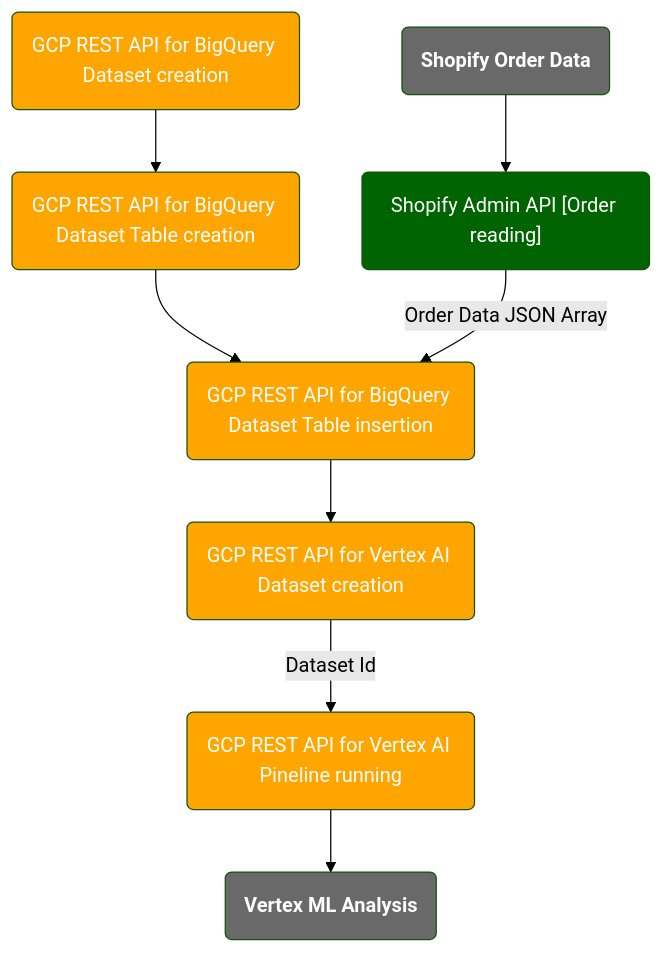
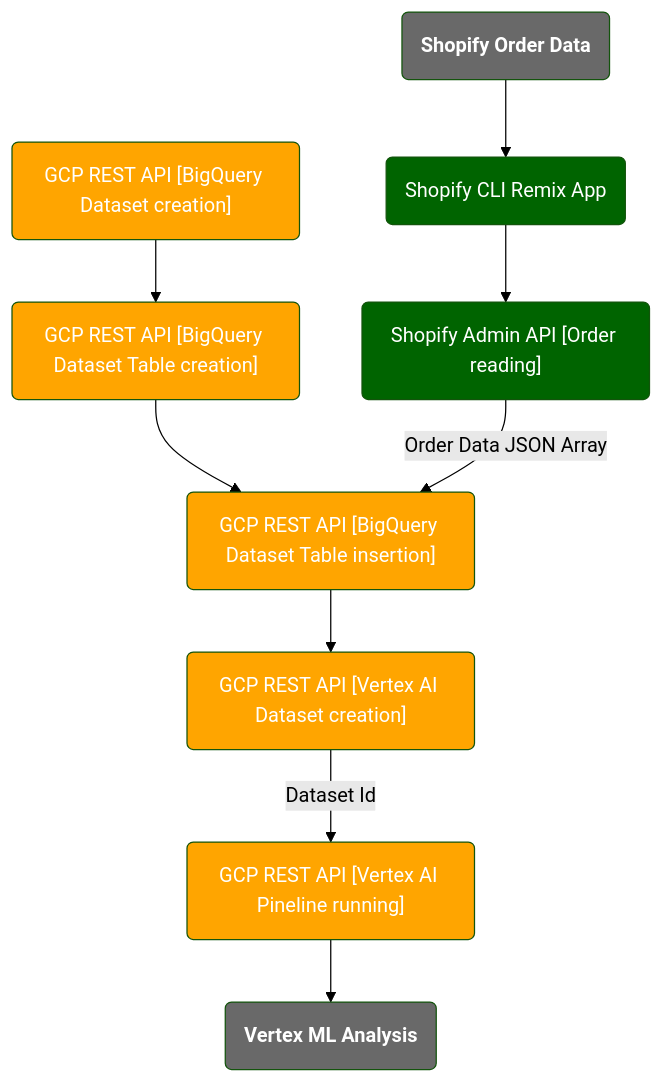
One commit to benzookapi/shopify-gcp-demo changed the diagram in README.GCP.md. Above: the diagram before and after it, drawn with Mermaid (forest theme).

````diff
--- a/README.GCP.md
+++ b/README.GCP.md
@@ -1,54 +1,58 @@
 ```mermaid
 
 graph TD
 
   ShopifyOrders("Shopify Order Data")
 
+  ShopifyApp("Shopify CLI Remix App")
+
   ShopifyApi("Shopify Admin API [Order reading]")
 
-  GcpRestApiBigQueryDataSet("GCP REST API for BigQuery Dataset creation")
+  GcpRestApiBigQueryDataSet("GCP REST API [BigQuery Dataset creation]")
 
-  GcpRestApiBigQueryTable("GCP REST API for BigQuery Dataset Table creation")
+  GcpRestApiBigQueryTable("GCP REST API [BigQuery Dataset Table creation]")
 
-  GcpRestApiBigQueryInsert("GCP REST API for BigQuery Dataset Table insertion")
+  GcpRestApiBigQueryInsert("GCP REST API [BigQuery Dataset Table insertion]")
 
-  GcpRestApiVertexDataset("GCP REST API for Vertex AI Dataset creation")
+  GcpRestApiVertexDataset("GCP REST API [Vertex AI Dataset creation]")
 
-  GcpRestApiVertexRun("GCP REST API for Vertex AI Pineline running")
+  GcpRestApiVertexRun("GCP REST API [Vertex AI Pineline running]")
 
   GcpRestApiVertexResult("Vertex ML Analysis")
 
-  ShopifyOrders-->ShopifyApi
+  ShopifyOrders-->ShopifyApp
+
+  ShopifyApp-->ShopifyApi
 
   GcpRestApiBigQueryDataSet-->GcpRestApiBigQueryTable
 
   GcpRestApiBigQueryTable-->GcpRestApiBigQueryInsert
 
   ShopifyApi-->|Order Data JSON Array|GcpRestApiBigQueryInsert
 
   GcpRestApiBigQueryInsert-->GcpRestApiVertexDataset
 
   GcpRestApiVertexDataset-->|Dataset Id|GcpRestApiVertexRun
 
   GcpRestApiVertexRun-->GcpRestApiVertexResult
 
 
   classDef edge1 fill:#696969,color:white,font-weight:bold
   class ShopifyOrders edge1
 
   classDef shopify fill:#006400,color:white
-  class ShopifyApi shopify
+  class ShopifyApp,ShopifyApi shopify
 
   classDef gcp fill:#FFA500,color:white
   class GcpRestApiBigQueryDataSet,GcpRestApiBigQueryTable,GcpRestApiBigQueryInsert,GcpRestApiVertexDataset,GcpRestApiVertexRun gcp
 
   classDef edge2 fill:#696969,color:white,font-weight:bold
   class GcpRestApiVertexResult edge2
 
 
 
 
 
 
 
 ```
````
